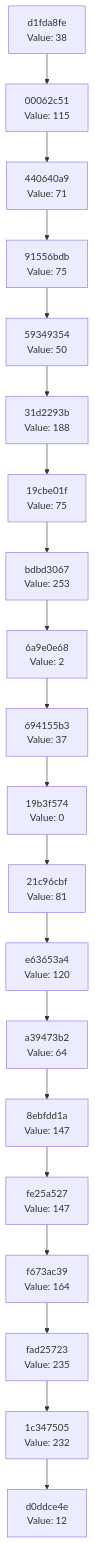
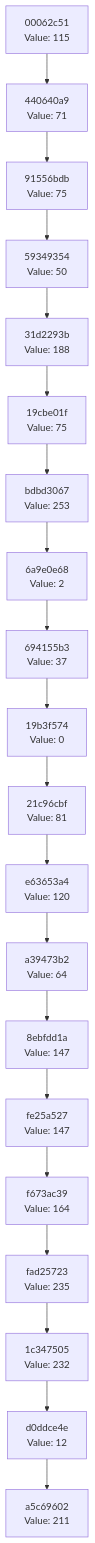
The diagram in docs/CHAIN_VISUALIZATION.md (Abhisheksinha1506/hash-chain-evolver), drawn with Mermaid before and after one commit. The commit also changed 2 other files, not shown here.

Commit message:
Evolution step: hash 0xD3 → action executed

````diff
--- a/docs/CHAIN_VISUALIZATION.md
+++ b/docs/CHAIN_VISUALIZATION.md
@@ -3,42 +3,42 @@
 ```mermaid
 graph TD
-    C0["d0ddce4e<br/>Value: 12"]
-    C1["1c347505<br/>Value: 232"]
+    C0["a5c69602<br/>Value: 211"]
+    C1["d0ddce4e<br/>Value: 12"]
     C1 --> C0
-    C2["fad25723<br/>Value: 235"]
+    C2["1c347505<br/>Value: 232"]
     C2 --> C1
-    C3["f673ac39<br/>Value: 164"]
+    C3["fad25723<br/>Value: 235"]
     C3 --> C2
-    C4["fe25a527<br/>Value: 147"]
+    C4["f673ac39<br/>Value: 164"]
     C4 --> C3
-    C5["8ebfdd1a<br/>Value: 147"]
+    C5["fe25a527<br/>Value: 147"]
     C5 --> C4
-    C6["a39473b2<br/>Value: 64"]
+    C6["8ebfdd1a<br/>Value: 147"]
     C6 --> C5
-    C7["e63653a4<br/>Value: 120"]
+    C7["a39473b2<br/>Value: 64"]
     C7 --> C6
-    C8["21c96cbf<br/>Value: 81"]
+    C8["e63653a4<br/>Value: 120"]
     C8 --> C7
-    C9["19b3f574<br/>Value: 0"]
+    C9["21c96cbf<br/>Value: 81"]
     C9 --> C8
-    C10["694155b3<br/>Value: 37"]
+    C10["19b3f574<br/>Value: 0"]
     C10 --> C9
-    C11["6a9e0e68<br/>Value: 2"]
+    C11["694155b3<br/>Value: 37"]
     C11 --> C10
-    C12["bdbd3067<br/>Value: 253"]
+    C12["6a9e0e68<br/>Value: 2"]
     C12 --> C11
-    C13["19cbe01f<br/>Value: 75"]
+    C13["bdbd3067<br/>Value: 253"]
     C13 --> C12
-    C14["31d2293b<br/>Value: 188"]
+    C14["19cbe01f<br/>Value: 75"]
     C14 --> C13
-    C15["59349354<br/>Value: 50"]
+    C15["31d2293b<br/>Value: 188"]
     C15 --> C14
-    C16["91556bdb<br/>Value: 75"]
+    C16["59349354<br/>Value: 50"]
     C16 --> C15
-    C17["440640a9<br/>Value: 71"]
+    C17["91556bdb<br/>Value: 75"]
     C17 --> C16
-    C18["00062c51<br/>Value: 115"]
+    C18["440640a9<br/>Value: 71"]
     C18 --> C17
-    C19["d1fda8fe<br/>Value: 38"]
+    C19["00062c51<br/>Value: 115"]
     C19 --> C18
 ```
````
